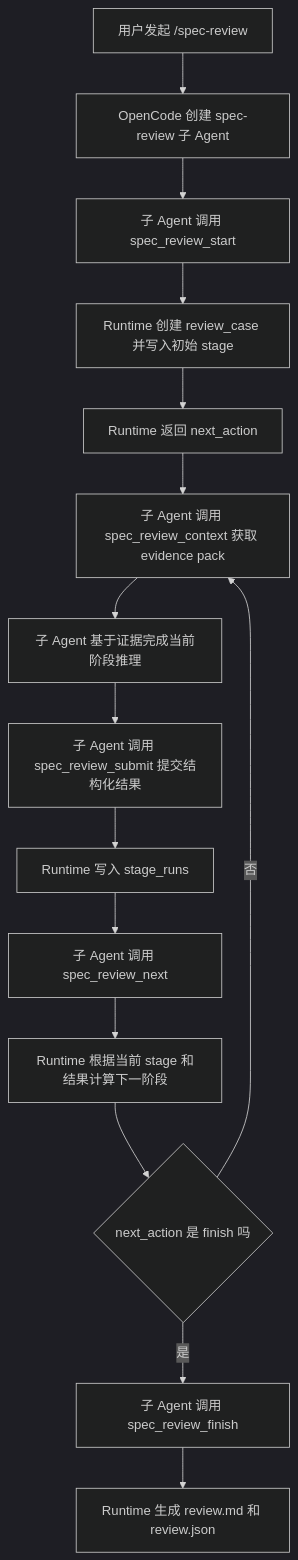
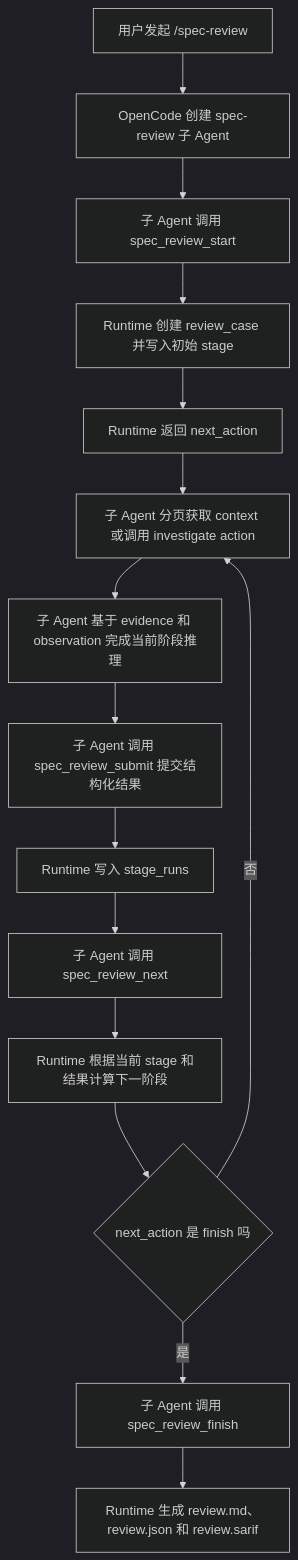
One commit to 8utterf1y/final changed the diagram in plugins/StudyDocs/L3与L4多阶段审查工作流详解.md. Above: the diagram before and after it, drawn with Mermaid (dark theme). The commit also changed other lines of this file and 5 other files, not shown here.

````diff
--- a/plugins/StudyDocs/L3与L4多阶段审查工作流详解.md
+++ b/plugins/StudyDocs/L3与L4多阶段审查工作流详解.md
@@ -17,17 +17,17 @@
 ```mermaid
 flowchart TD
 A["用户发起 /spec-review"] --> B["OpenCode 创建 spec-review 子 Agent"]
 B --> C["子 Agent 调用 spec_review_start"]
 C --> D["Runtime 创建 review_case 并写入初始 stage"]
 D --> E["Runtime 返回 next_action"]
-E --> F["子 Agent 调用 spec_review_context 获取 evidence pack"]
-F --> G["子 Agent 基于证据完成当前阶段推理"]
+E --> F["子 Agent 分页获取 context 或调用 investigate action"]
+F --> G["子 Agent 基于 evidence 和 observation 完成当前阶段推理"]
 G --> H["子 Agent 调用 spec_review_submit 提交结构化结果"]
 H --> I["Runtime 写入 stage_runs"]
 I --> J["子 Agent 调用 spec_review_next"]
 J --> K["Runtime 根据当前 stage 和结果计算下一阶段"]
 K --> L{"next_action 是 finish 吗"}
 L -->|否| F
 L -->|是| M["子 Agent 调用 spec_review_finish"]
-M --> N["Runtime 生成 review.md 和 review.json"]
+M --> N["Runtime 生成 review.md、review.json 和 review.sarif"]
 ```
````
